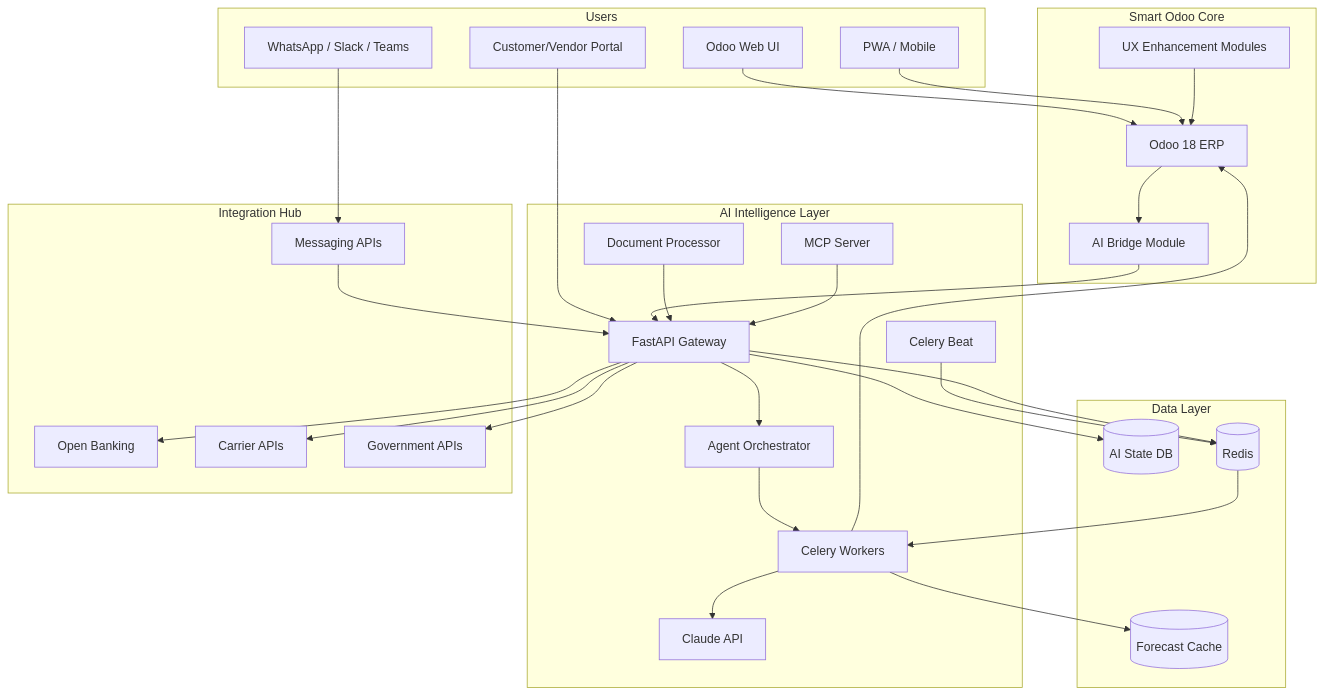
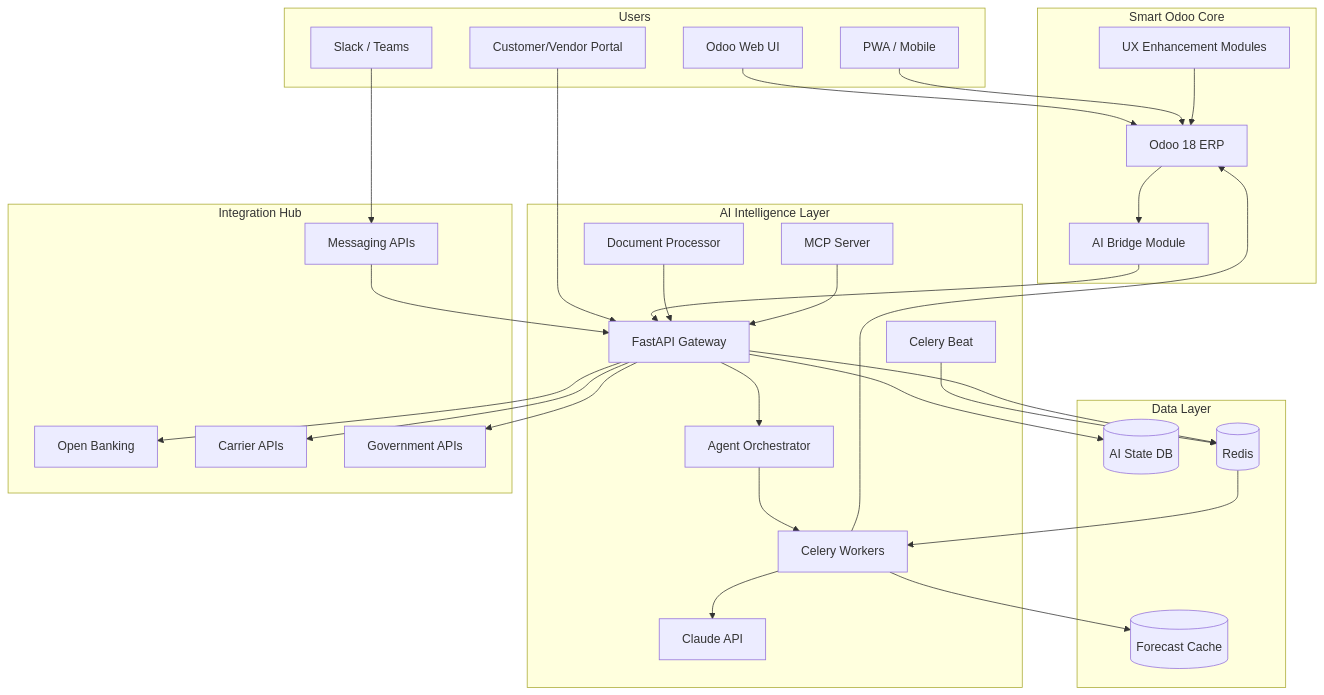
Before and after one commit to a96506/odoo-ai-platform: the second of 2 diagrams in MASTER_PLAN.md, drawn with Mermaid. The commit also changed other lines of this file and 46 other files, not shown here.

````diff
--- a/MASTER_PLAN.md
+++ b/MASTER_PLAN.md
@@ -349,61 +346,61 @@
 ```mermaid
 flowchart TB
     subgraph users [Users]
         WebUI[Odoo Web UI]
         MobileApp[PWA / Mobile]
         Portal[Customer/Vendor Portal]
-        Chat[WhatsApp / Slack / Teams]
+        Chat[Slack / Teams]
     end
 
     subgraph core [Smart Odoo Core]
         OdooERP[Odoo 18 ERP]
         Bridge[AI Bridge Module]
         UXMod[UX Enhancement Modules]
     end
 
     subgraph intelligence [AI Intelligence Layer]
         API[FastAPI Gateway]
         Agents[Agent Orchestrator]
         Worker[Celery Workers]
         Beat[Celery Beat]
         Claude[Claude API]
         IDP[Document Processor]
         MCP[MCP Server]
     end
 
     subgraph data [Data Layer]
         AIDB[(AI State DB)]
         Redis[(Redis)]
         Cache[(Forecast Cache)]
     end
 
     subgraph integrations [Integration Hub]
         Banking[Open Banking]
         Shipping[Carrier APIs]
         GovAPI[Government APIs]
         MsgAPI[Messaging APIs]
     end
 
     WebUI --> OdooERP
     MobileApp --> OdooERP
     Portal --> API
     Chat --> MsgAPI --> API
 
     OdooERP --> Bridge --> API
     API --> Agents --> Worker
     Worker --> Claude
     Worker --> OdooERP
     Beat --> Redis --> Worker
     IDP --> API
     MCP --> API
 
     API --> AIDB
     API --> Redis
     Worker --> Cache
 
     API --> Banking
     API --> Shipping
     API --> GovAPI
 
     UXMod --> OdooERP
 ```
````
